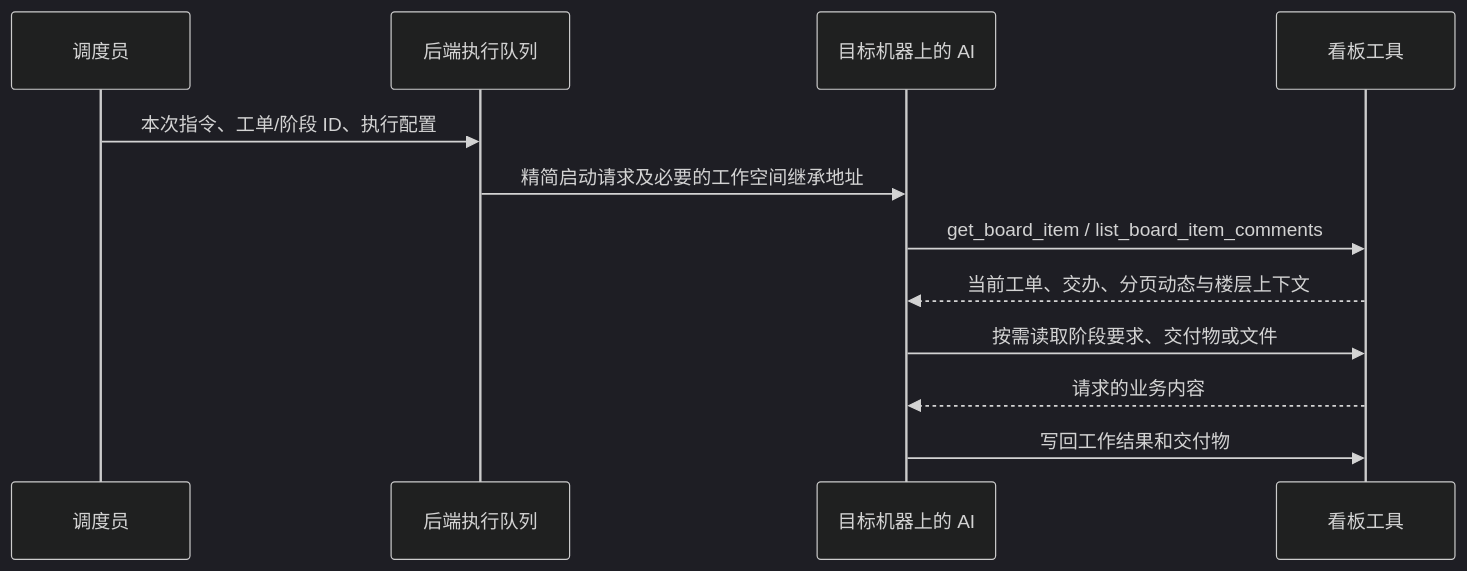
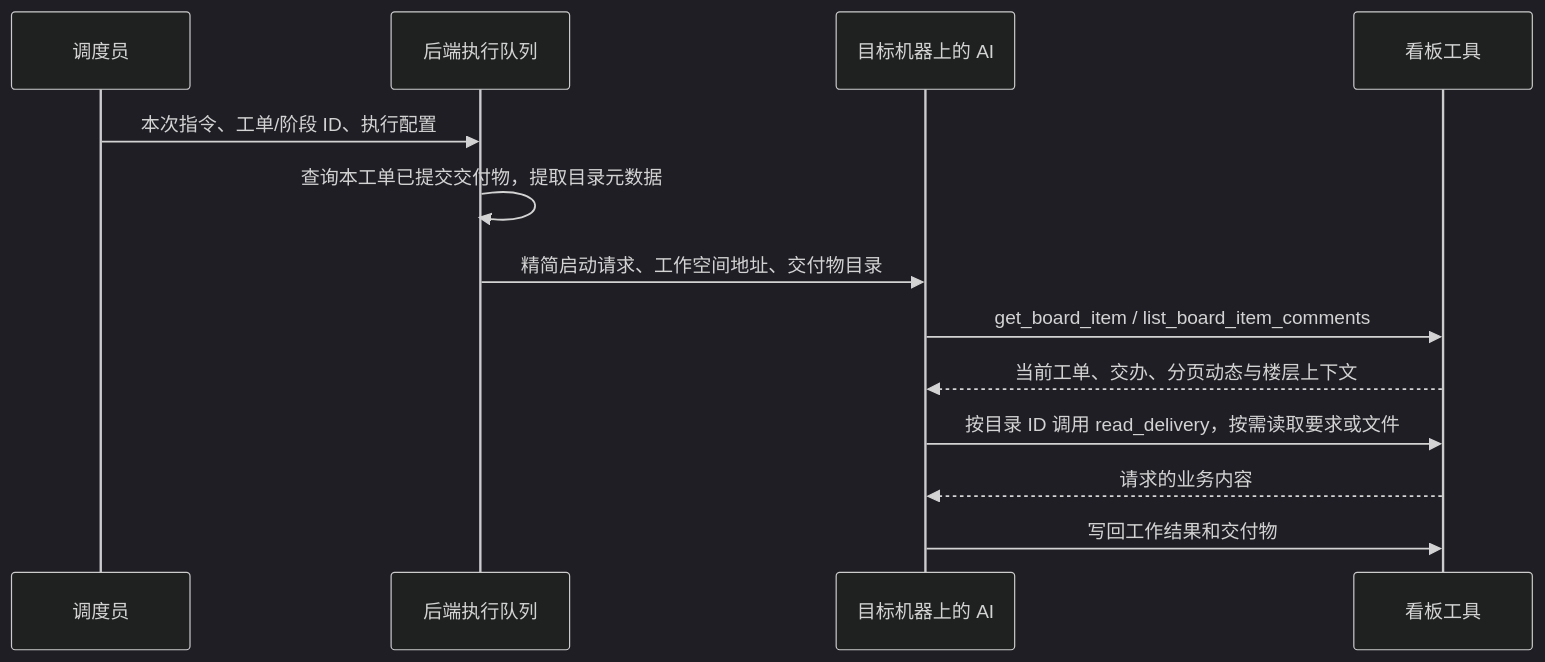
The first of 14 diagrams in docs/zh/developer-guide/board-automation-acceptance.md (wecode-ai/Wegent), drawn with Mermaid (dark theme) before and after one commit. The commit also changed other lines of this file and 7 other files, not shown here.

````diff
--- a/docs/zh/developer-guide/board-automation-acceptance.md
+++ b/docs/zh/developer-guide/board-automation-acceptance.md
@@ -11,14 +11,15 @@
 ```mermaid
 sequenceDiagram
   participant C as 调度员
   participant Q as 后端执行队列
   participant R as 目标机器上的 AI
   participant B as 看板工具
   C->>Q: 本次指令、工单/阶段 ID、执行配置
-  Q->>R: 精简启动请求及必要的工作空间继承地址
+  Q->>Q: 查询本工单已提交交付物，提取目录元数据
+  Q->>R: 精简启动请求、工作空间地址、交付物目录
   R->>B: get_board_item / list_board_item_comments
   B-->>R: 当前工单、交办、分页动态与楼层上下文
-  R->>B: 按需读取阶段要求、交付物或文件
+  R->>B: 按目录 ID 调用 read_delivery，按需读取要求或文件
   B-->>R: 请求的业务内容
   R->>B: 写回工作结果和交付物
 ```
````
